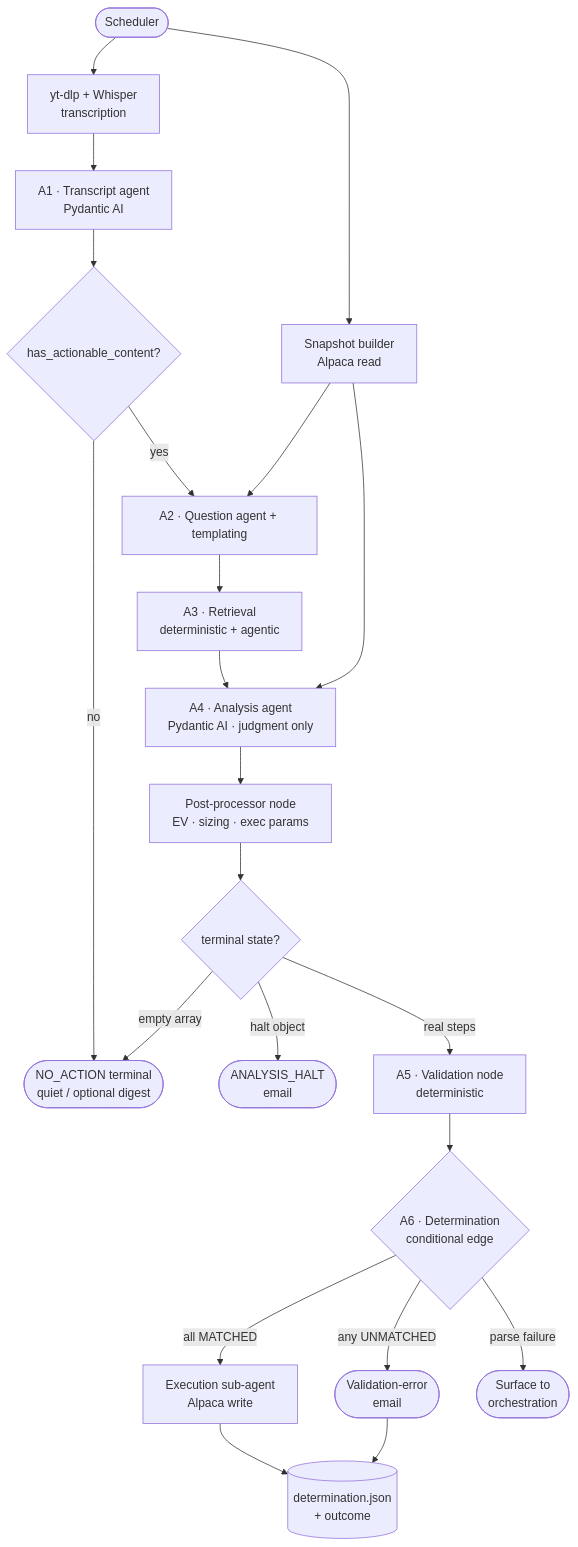
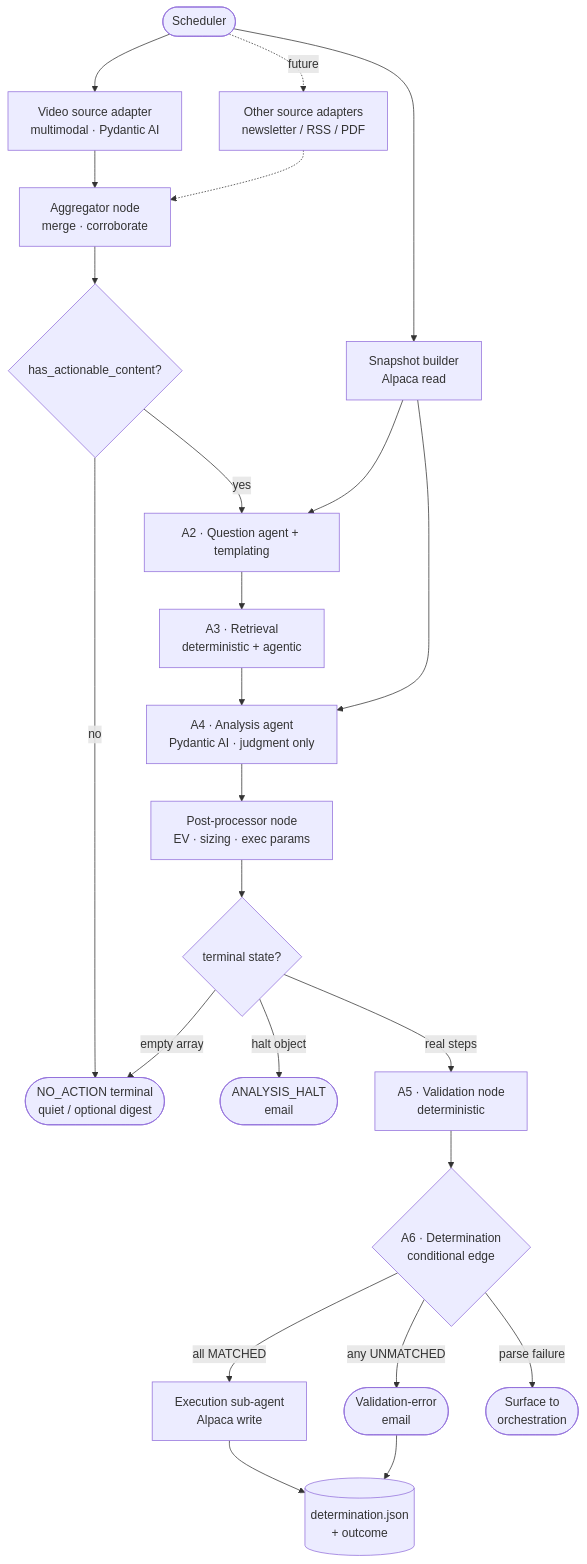
Before and after one commit to 56kyle/money-pit: the diagram in docs/architecture.md, drawn with Mermaid. The commit also changed other lines of this file, not shown here.

Commit message:
docs: update architecture

````diff
--- a/docs/architecture.md
+++ b/docs/architecture.md
@@ -94,24 +95,26 @@
 ```mermaid
 flowchart TD
-    SCH([Scheduler]) --> DL[yt-dlp + Whisper<br/>transcription]
+    SCH([Scheduler]) --> VID[Video source adapter<br/>multimodal · Pydantic AI]
+    SCH -.future.-> SRC[Other source adapters<br/>newsletter / RSS / PDF]
     SCH --> SNAP[Snapshot builder<br/>Alpaca read]
-    DL --> A1[A1 · Transcript agent<br/>Pydantic AI]
-    A1 --> G1{has_actionable_content?}
+    VID --> AGG[Aggregator node<br/>merge · corroborate]
+    SRC -.-> AGG
+    AGG --> G1{has_actionable_content?}
     G1 -- no --> NA([NO_ACTION terminal<br/>quiet / optional digest])
     G1 -- yes --> A2[A2 · Question agent + templating]
     SNAP --> A2
     A2 --> A3[A3 · Retrieval<br/>deterministic + agentic]
     A3 --> A4[A4 · Analysis agent<br/>Pydantic AI · judgment only]
     SNAP --> A4
     A4 --> PP[Post-processor node<br/>EV · sizing · exec params]
     PP --> T{terminal state?}
     T -- empty array --> NA
     T -- halt object --> AH([ANALYSIS_HALT<br/>email])
     T -- real steps --> A5[A5 · Validation node<br/>deterministic]
     A5 --> A6{A6 · Determination<br/>conditional edge}
     A6 -- all MATCHED --> EX[Execution sub-agent<br/>Alpaca write]
     A6 -- any UNMATCHED --> EM([Validation-error<br/>email])
     A6 -- parse failure --> ORC([Surface to<br/>orchestration])
     EX --> DET[(determination.json<br/>+ outcome)]
     EM --> DET
 ```
````
